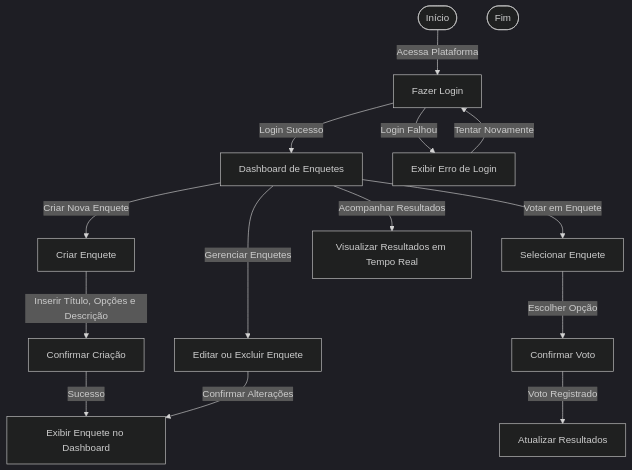
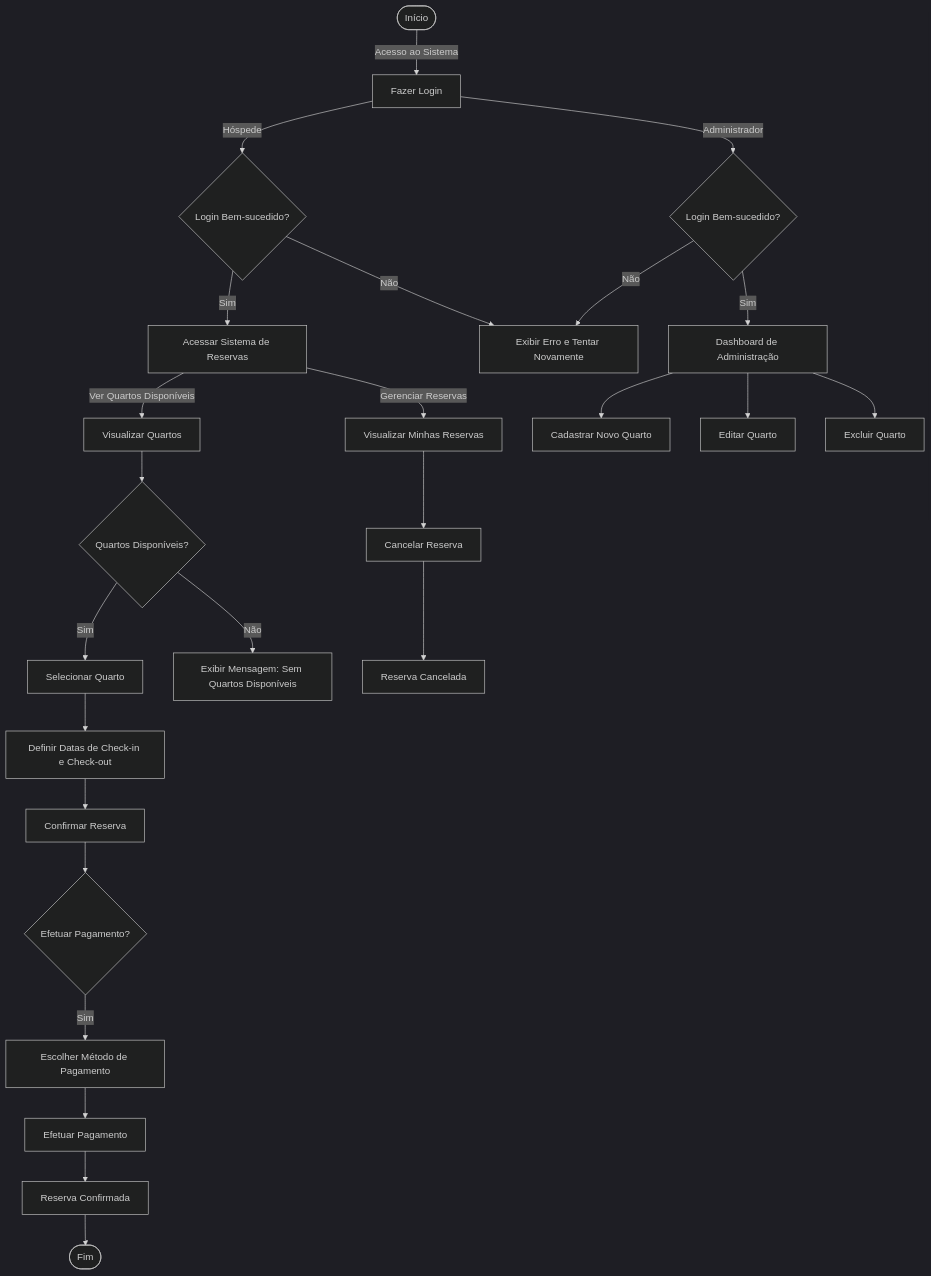
Before and after one commit to epicestudar/Hostly-java-interface: the third of 3 diagrams in README.md, drawn with Mermaid (dark theme). The commit also changed other lines of this file, not shown here.

````diff
--- a/README.md
+++ b/README.md
@@ -161,23 +167,34 @@
 ```mermaid
 flowchart TD
-    Start([Início]) --> |Acessa Plataforma| A[Fazer Login]
-    A -->|Login Sucesso| B[Dashboard de Enquetes]
-    A -->|Login Falhou| C[Exibir Erro de Login]
-    C -->|Tentar Novamente| A
+    Start([Início]) -->|Acesso ao Sistema| A[Fazer Login]
+    A -->|Hóspede| B{Login Bem-sucedido?}
+    B -- Sim --> C[Acessar Sistema de Reservas]
+    B -- Não --> D[Exibir Erro e Tentar Novamente]
+
+    C -->|Ver Quartos Disponíveis| E[Visualizar Quartos]
+    E --> F{Quartos Disponíveis?}
+    F -- Sim --> G[Selecionar Quarto]
+    F -- Não --> H[Exibir Mensagem: Sem Quartos Disponíveis]
     
-    B -->|Criar Nova Enquete| D[Criar Enquete]
-    D -->|Inserir Título, Opções e Descrição| E[Confirmar Criação]
-    E -->|Sucesso| F[Exibir Enquete no Dashboard]
+    G --> I[Definir Datas de Check-in e Check-out]
+    I --> J[Confirmar Reserva]
+    J --> K{Efetuar Pagamento?}
+    K -- Sim --> L[Escolher Método de Pagamento]
+    L --> M[Efetuar Pagamento]
+    M --> O[Reserva Confirmada]
     
-    B -->|Votar em Enquete| G[Selecionar Enquete]
-    G -->|Escolher Opção| H[Confirmar Voto]
-    H -->|Voto Registrado| I[Atualizar Resultados]
-    
-    B -->|Acompanhar Resultados| J[Visualizar Resultados em Tempo Real]
-    
-    B -->|Gerenciar Enquetes| K[Editar ou Excluir Enquete]
-    K -->|Confirmar Alterações| F
-    
-    End([Fim])
+    O --> End([Fim])
+
+    C -->|Gerenciar Reservas| P[Visualizar Minhas Reservas]
+    P --> Q[Cancelar Reserva]
+    Q --> R[Reserva Cancelada]
+
+    A -->|Administrador| S{Login Bem-sucedido?}
+    S -- Sim --> T[Dashboard de Administração]
+    T --> U[Cadastrar Novo Quarto]
+    T --> V[Editar Quarto]
+    T --> W[Excluir Quarto]
+    S -- Não --> D
+
 
 ```
````
